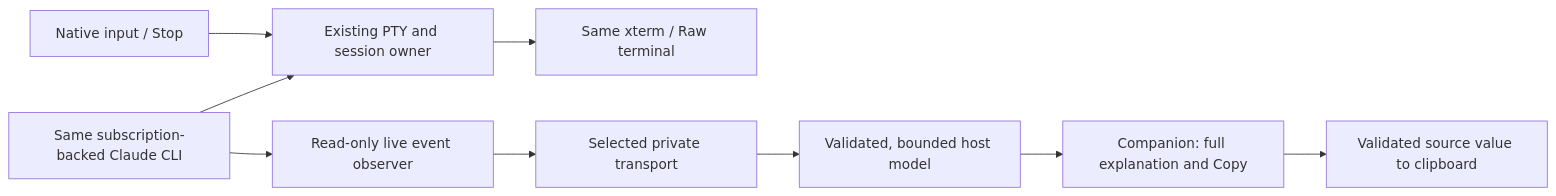
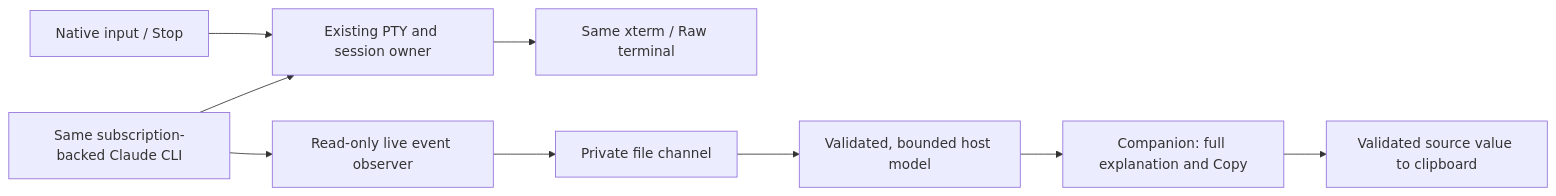
The diagram in docs/designs/215/design_draft.md (glitchwerks/vscode-claude-workspaces), drawn with Mermaid before and after one commit. The commit also changed other lines of this file and 1 other file, not shown here.

````diff
--- a/docs/designs/215/design_draft.md
+++ b/docs/designs/215/design_draft.md
@@ -56,11 +56,11 @@
 ```mermaid
 flowchart LR
   CLI[Same subscription-backed Claude CLI] --> PTY[Existing PTY and session owner]
   PTY --> RAW[Same xterm / Raw terminal]
   CLI --> MOD[Read-only live event observer]
-  MOD --> CHANNEL[Selected private transport]
+  MOD --> CHANNEL[Private file channel]
   CHANNEL --> MODEL[Validated, bounded host model]
   MODEL --> VIEW[Companion: full explanation and Copy]
   VIEW --> COPY[Validated source value to clipboard]
   STOP[Native input / Stop] --> PTY
 ```
````
